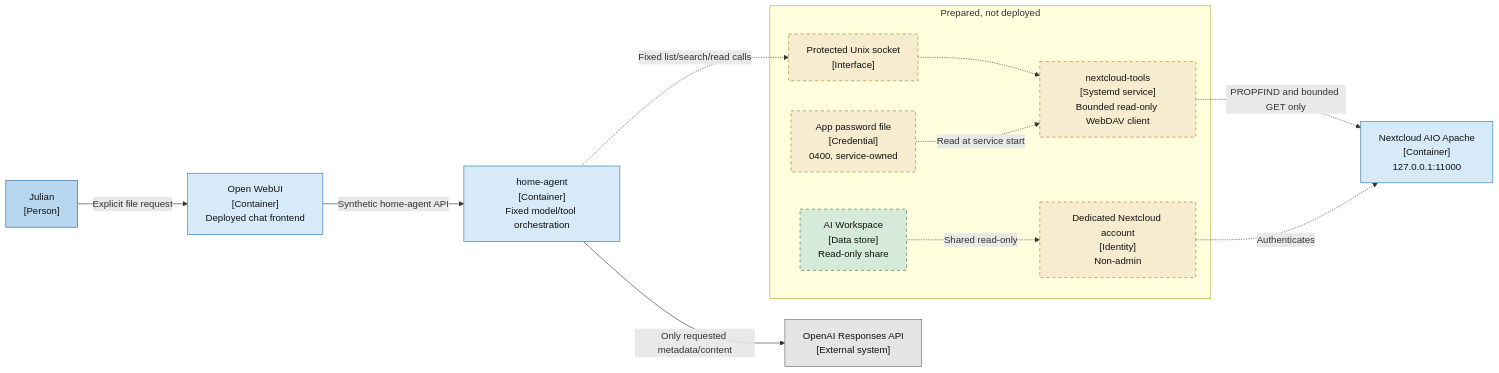
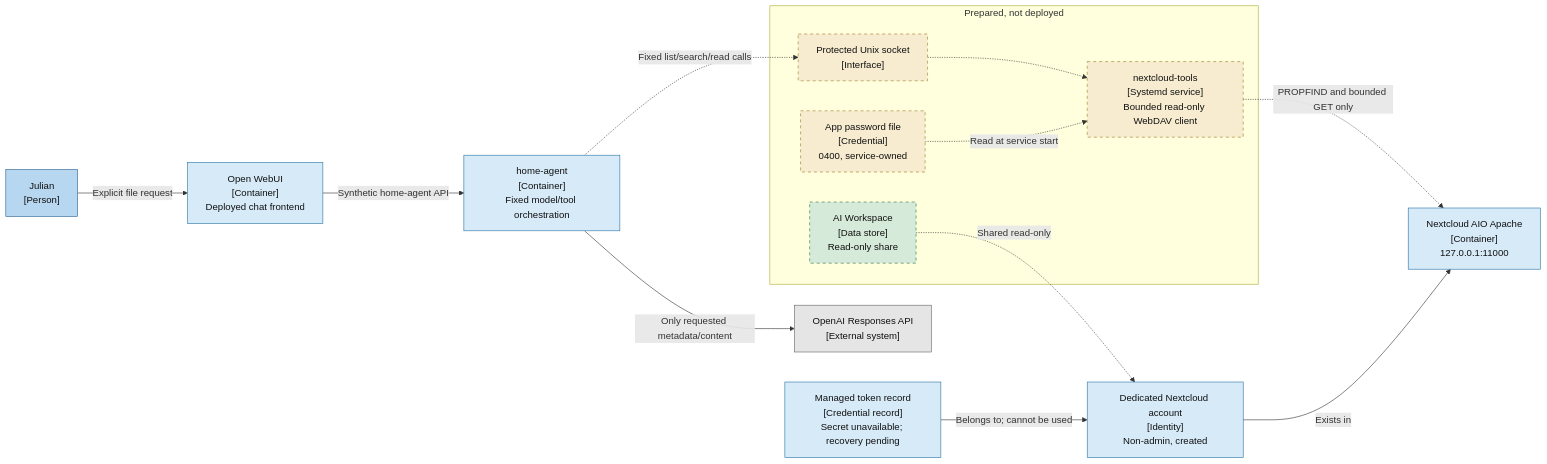
The diagram in docs/architecture/proposed/nextcloud-tools.md (KandlerLi/home-infra-docs), drawn with Mermaid before and after one commit. The commit also changed other lines of this file and 4 other files, not shown here.

Commit message:
Document Nextcloud bootstrap recovery

````diff
--- a/docs/architecture/proposed/nextcloud-tools.md
+++ b/docs/architecture/proposed/nextcloud-tools.md
@@ -6,38 +7,40 @@
 ```mermaid
 flowchart LR
     user["Julian<br/>[Person]"]
     webui["Open WebUI<br/>[Container]<br/>Deployed chat frontend"]
     agent["home-agent<br/>[Container]<br/>Fixed model/tool orchestration"]
 
     subgraph prepared["Prepared, not deployed"]
         socket["Protected Unix socket<br/>[Interface]"]
         tools["nextcloud-tools<br/>[Systemd service]<br/>Bounded read-only WebDAV client"]
         credential["App password file<br/>[Credential]<br/>0400, service-owned"]
-        account["Dedicated Nextcloud account<br/>[Identity]<br/>Non-admin"]
         folder["AI Workspace<br/>[Data store]<br/>Read-only share"]
     end
 
     nextcloud["Nextcloud AIO Apache<br/>[Container]<br/>127.0.0.1:11000"]
+    account["Dedicated Nextcloud account<br/>[Identity]<br/>Non-admin, created"]
+    orphan["Managed token record<br/>[Credential record]<br/>Secret unavailable; recovery pending"]
     model["OpenAI Responses API<br/>[External system]"]
 
     user -->|"Explicit file request"| webui
     webui -->|"Synthetic home-agent API"| agent
     agent -.->|"Fixed list/search/read calls"| socket
     socket -.-> tools
     credential -.->|"Read at service start"| tools
     tools -.->|"PROPFIND and bounded GET only"| nextcloud
-    account -.->|"Authenticates"| nextcloud
+    account -->|"Exists in"| nextcloud
+    orphan -->|"Belongs to; cannot be used"| account
     folder -.->|"Shared read-only"| account
     agent -->|"Only requested metadata/content"| model
 
     classDef person fill:#b7d7f0,color:#111,stroke:#286090
     classDef current fill:#d6eaf8,color:#111,stroke:#2874a6
     classDef proposed fill:#f7ecd0,color:#111,stroke:#9a7b24,stroke-dasharray: 5 5
     classDef datastore fill:#d5ead8,color:#111,stroke:#3b7044,stroke-dasharray: 5 5
     classDef external fill:#e5e5e5,color:#111,stroke:#666
     class user person
-    class webui,agent,nextcloud current
-    class socket,tools,credential,account proposed
+    class webui,agent,nextcloud,account,orphan current
+    class socket,tools,credential proposed
     class folder datastore
     class model external
 ```
````
